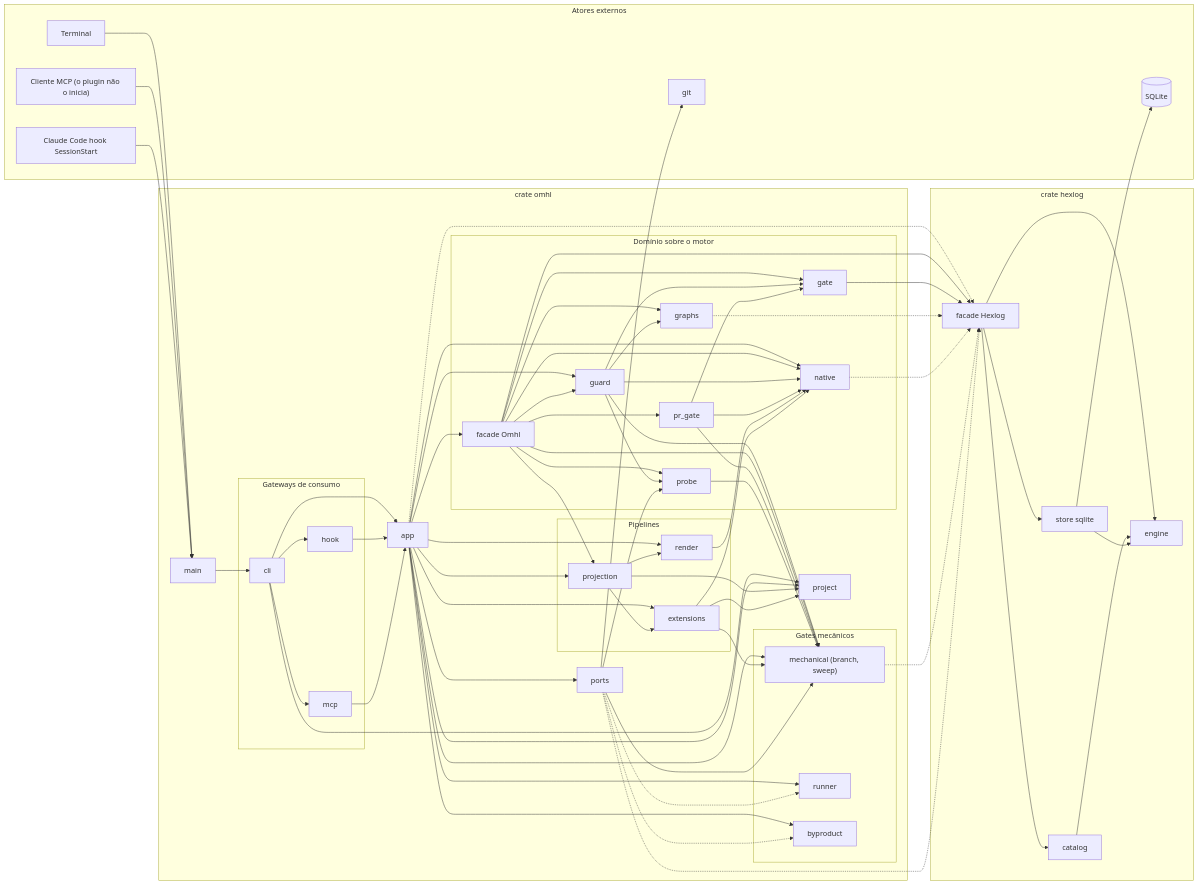
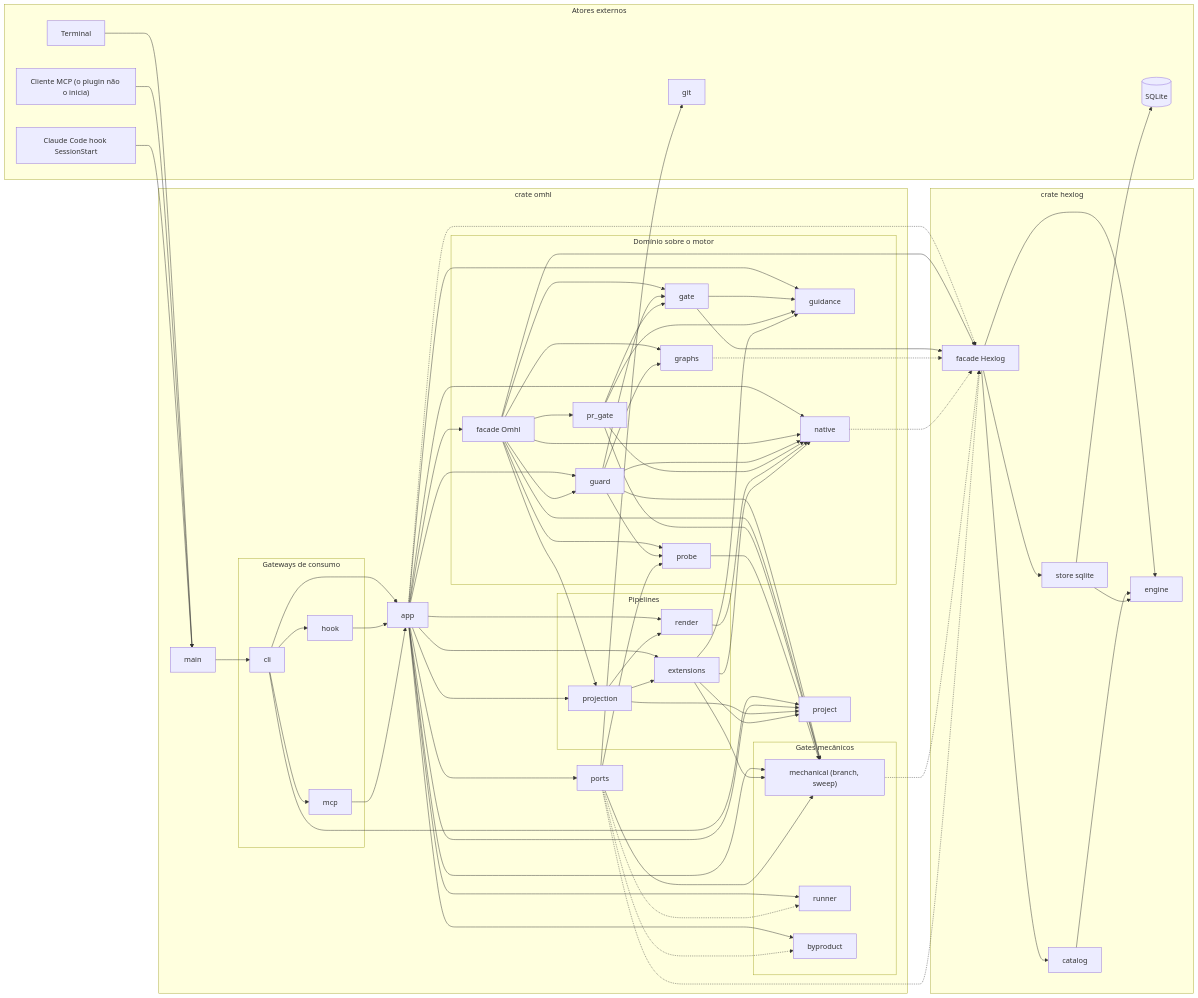
One commit to gabrielh-silvestre/oh-my-hexflow changed the diagram in docs/architecture.md. Above: the diagram before and after it, drawn with Mermaid. The commit also changed other lines of this file and 5 other files, not shown here.

```diff
--- a/docs/architecture.md
+++ b/docs/architecture.md
@@ -35,6 +35,7 @@
       graphs["graphs"]
       native["native"]
       probe["probe"]
+      guidance["guidance"]
     end
 
     subgraph pipes["Pipelines"]
@@ -78,6 +79,10 @@
   app --> native
   app --> guard
   app --> ports
+  app --> guidance
+  gate --> guidance
+  prgate --> guidance
+  extensions --> guidance
   app --> project
   app -.-> hxfacade
 
```
